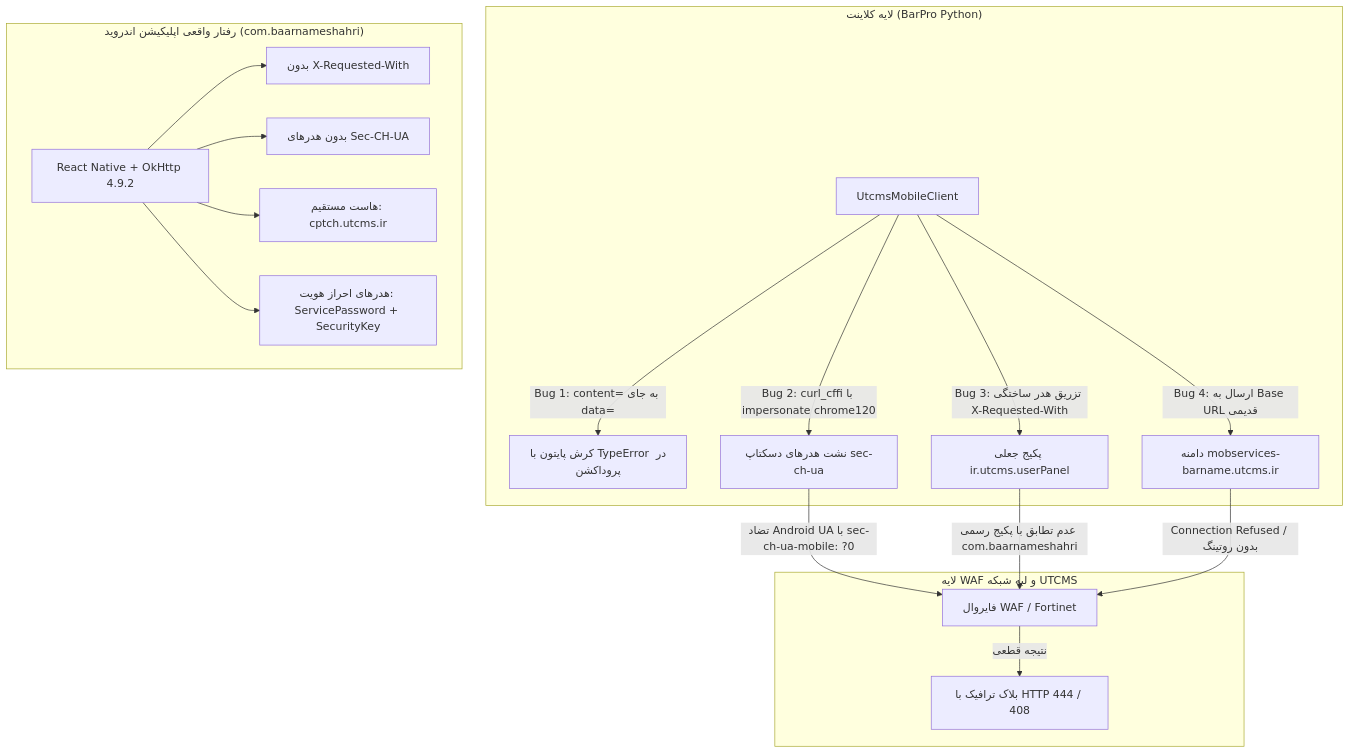
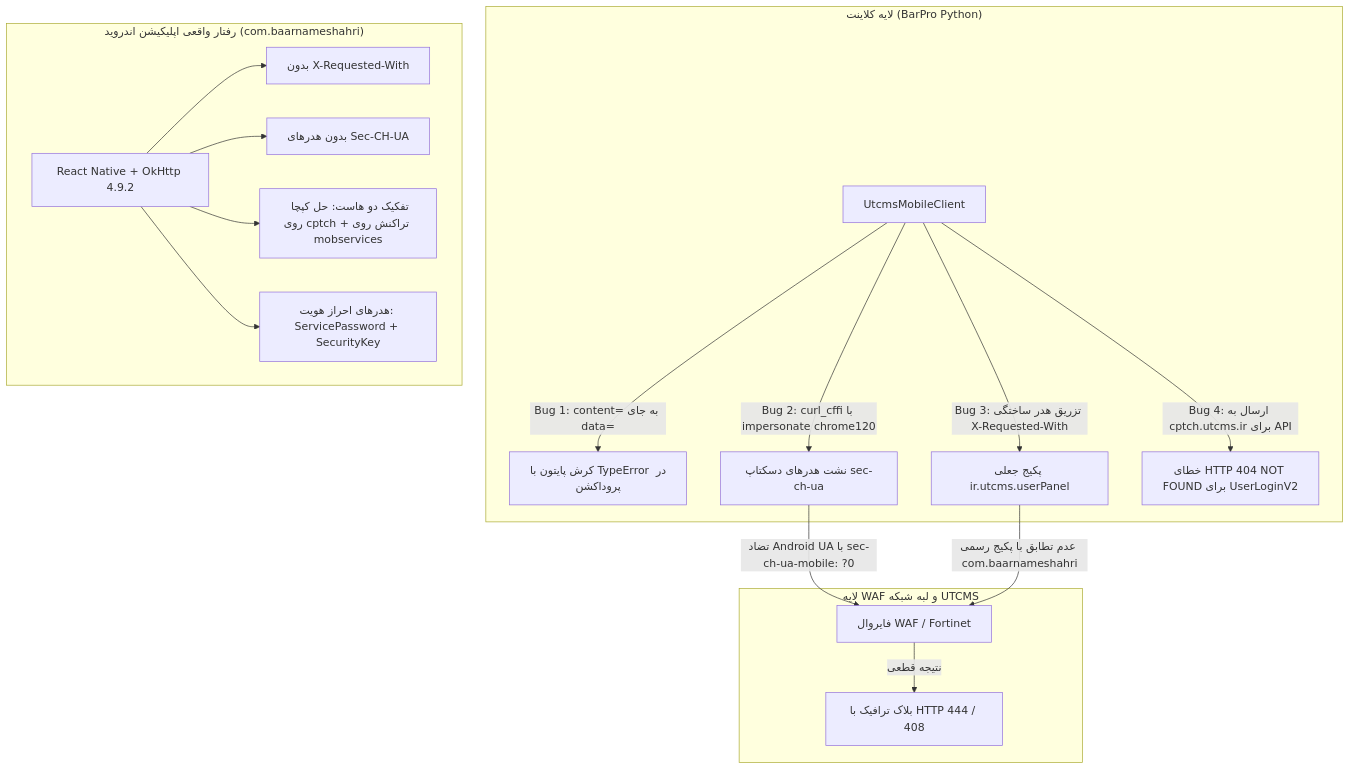
Before and after one commit to amir-hdri/BarPro-main: the diagram in docs/UTCMS_MOBILE_AND_WAF_AUDIT_REPORT.md, drawn with Mermaid. The commit also changed other lines of this file and 15 other files, not shown here.

Commit message:
feat(mobile): align dual-host architecture, update Android bridge & docs

````diff
--- a/docs/UTCMS_MOBILE_AND_WAF_AUDIT_REPORT.md
+++ b/docs/UTCMS_MOBILE_AND_WAF_AUDIT_REPORT.md
@@ -18,23 +18,22 @@
 ```mermaid
 flowchart TD
     subgraph ClientLayer ["لایه کلاینت (BarPro Python)"]
         A[UtcmsMobileClient] -->|Bug 1: content= به جای data=| B[کرش پایتون با TypeError در پروداکشن]
         A -->|Bug 2: curl_cffi با impersonate chrome120| C[نشت هدرهای دسکتاپ sec-ch-ua]
         A -->|Bug 3: تزریق هدر ساختگی X-Requested-With| D[پکیج جعلی ir.utcms.userPanel]
-        A -->|Bug 4: ارسال به Base URL قدیمی| E[دامنه mobservices-barname.utcms.ir]
+        A -->|Bug 4: ارسال به cptch.utcms.ir برای API| E[خطای HTTP 404 NOT FOUND برای UserLoginV2]
     end
 
     subgraph NetworkWAF ["لایه WAF و لبه شبکه UTCMS"]
         C -->|تضاد Android UA با sec-ch-ua-mobile: ?0| WAF[فایروال WAF / Fortinet]
         D -->|عدم تطابق با پکیج رسمی com.baarnameshahri| WAF
-        E -->|Connection Refused / بدون روتینگ| WAF
         WAF -->|نتیجه قطعی| BLK[بلاک ترافیک با HTTP 444 / 408]
     end
 
     subgraph APKReality ["رفتار واقعی اپلیکیشن اندروید (com.baarnameshahri)"]
         APK[React Native + OkHttp 4.9.2] --> H1[بدون X-Requested-With]
         APK --> H2[بدون هدرهای Sec-CH-UA]
-        APK --> H3[هاست مستقیم: cptch.utcms.ir]
+        APK --> H3[تفکیک دو هاست: حل کپچا روی cptch + تراکنش روی mobservices]
         APK --> H4[هدرهای احراز هویت: ServicePassword + SecurityKey]
     end
 ```
````
